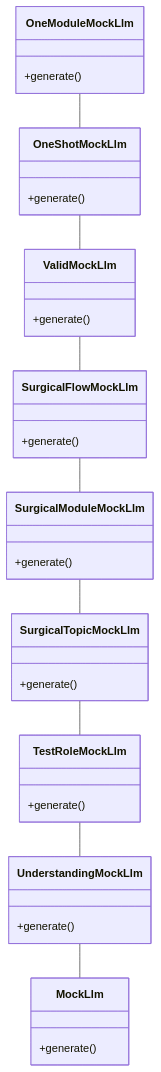
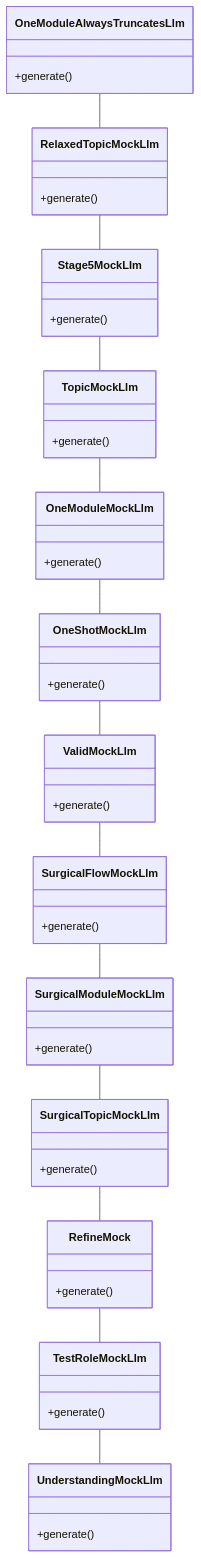
One commit to eduardoabreu81/livewiki changed the diagram in livewiki/diagrams/core-src-tests-02.classes.mmd. Above: the diagram before and after it, drawn with Mermaid. The commit also changed 104 other files, not shown here.

```diff
--- a/livewiki/diagrams/core-src-tests-02.classes.mmd
+++ b/livewiki/diagrams/core-src-tests-02.classes.mmd
@@ -1,38 +1,54 @@
 %%{init: {"themeCSS": ".relation { stroke: transparent !important; }"}}%%
 classDiagram
   direction TB
-  class class_1["OneModuleMockLlm"] {
+  class class_1["OneModuleAlwaysTruncatesLlm"] {
     +generate()
   }
-  class class_2["OneShotMockLlm"] {
+  class class_2["RelaxedTopicMockLlm"] {
     +generate()
   }
-  class class_3["ValidMockLlm"] {
+  class class_3["Stage5MockLlm"] {
     +generate()
   }
-  class class_4["SurgicalFlowMockLlm"] {
+  class class_4["TopicMockLlm"] {
     +generate()
   }
-  class class_5["SurgicalModuleMockLlm"] {
+  class class_5["OneModuleMockLlm"] {
     +generate()
   }
-  class class_6["SurgicalTopicMockLlm"] {
+  class class_6["OneShotMockLlm"] {
     +generate()
   }
-  class class_7["TestRoleMockLlm"] {
+  class class_7["ValidMockLlm"] {
     +generate()
   }
-  class class_8["UnderstandingMockLlm"] {
+  class class_8["SurgicalFlowMockLlm"] {
     +generate()
   }
-  class class_9["MockLlm"] {
+  class class_9["SurgicalModuleMockLlm"] {
+    +generate()
+  }
+  class class_10["SurgicalTopicMockLlm"] {
+    +generate()
+  }
+  class class_11["RefineMock"] {
+    +generate()
+  }
+  class class_12["TestRoleMockLlm"] {
+    +generate()
+  }
+  class class_13["UnderstandingMockLlm"] {
     +generate()
   }
   class_1 -- class_2
   class_2 -- class_3
   class_3 -- class_4
   class_4 -- class_5
   class_5 -- class_6
   class_6 -- class_7
   class_7 -- class_8
   class_8 -- class_9
+  class_9 -- class_10
+  class_10 -- class_11
+  class_11 -- class_12
+  class_12 -- class_13
```
